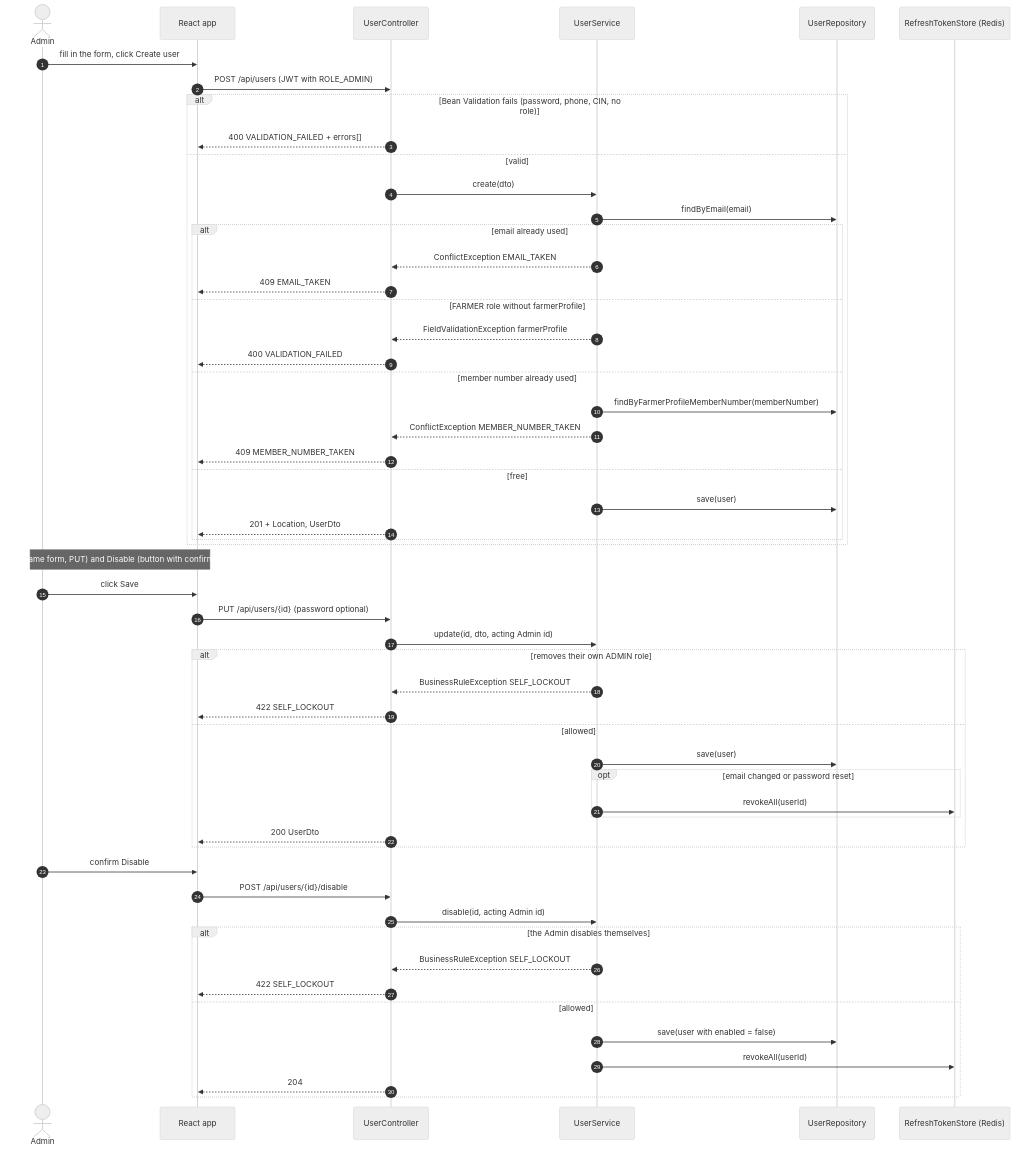
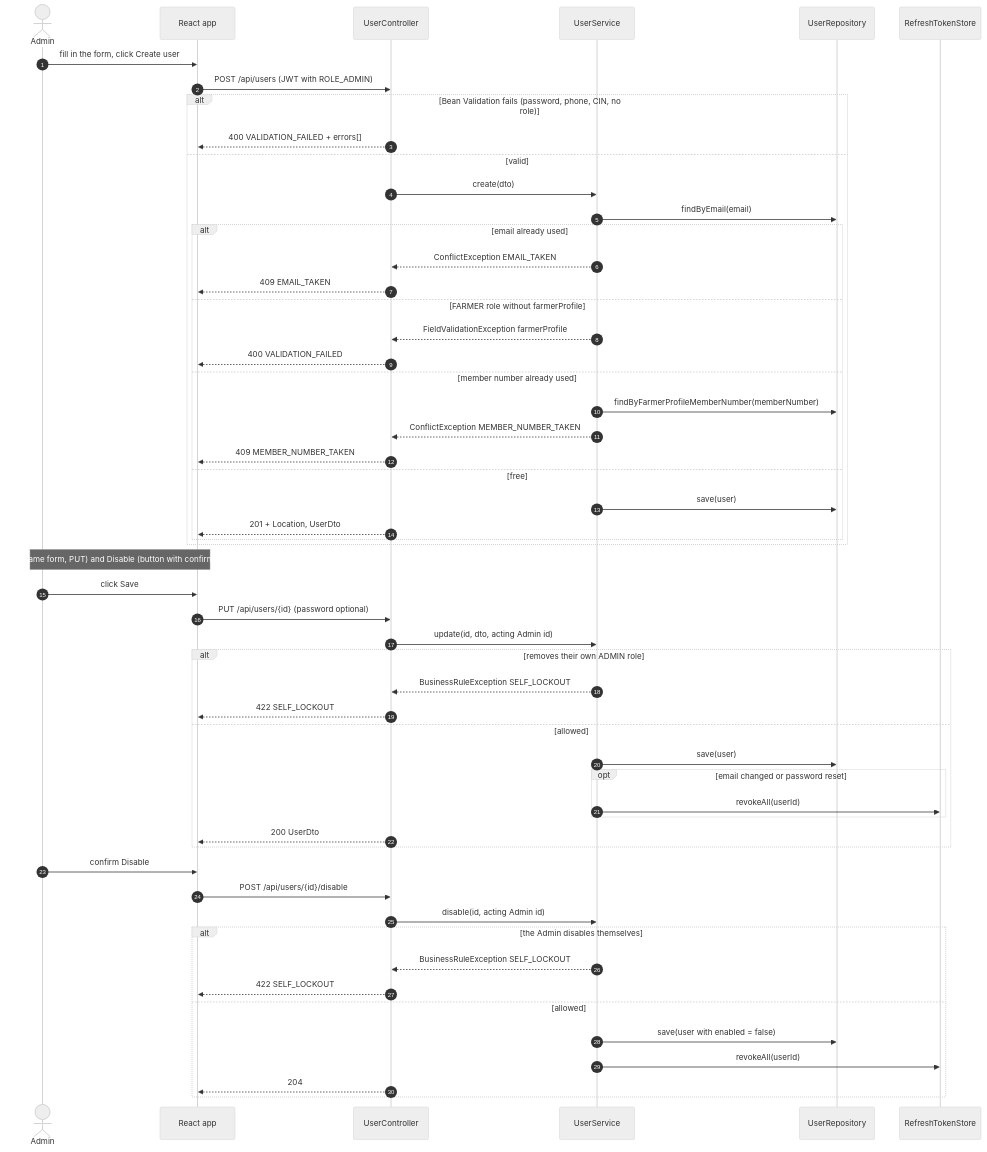
Diagram 11 of 17 in docs/04-uml-design.md (Iyed-M/olive-connect), drawn with Mermaid (neutral theme) before and after one commit. The commit also changed other lines of this file and 8 other files, not shown here.

````diff
--- a/docs/04-uml-design.md
+++ b/docs/04-uml-design.md
@@ -795,60 +795,60 @@
 ```mermaid
 sequenceDiagram
     autonumber
     actor A as Admin
     participant FE as React app
     participant UC as UserController
     participant US as UserService
     participant UR as UserRepository
-    participant RT as RefreshTokenStore (Redis)
+    participant RT as RefreshTokenStore
 
     A->>FE: fill in the form, click Create user
     FE->>UC: POST /api/users (JWT with ROLE_ADMIN)
     alt Bean Validation fails (password, phone, CIN, no role)
         UC-->>FE: 400 VALIDATION_FAILED + errors[]
     else valid
         UC->>US: create(dto)
         US->>UR: findByEmail(email)
         alt email already used
             US-->>UC: ConflictException EMAIL_TAKEN
             UC-->>FE: 409 EMAIL_TAKEN
         else FARMER role without farmerProfile
             US-->>UC: FieldValidationException farmerProfile
             UC-->>FE: 400 VALIDATION_FAILED
         else member number already used
             US->>UR: findByFarmerProfileMemberNumber(memberNumber)
             US-->>UC: ConflictException MEMBER_NUMBER_TAKEN
             UC-->>FE: 409 MEMBER_NUMBER_TAKEN
         else free
             US->>UR: save(user)
             UC-->>FE: 201 + Location, UserDto
         end
     end
 
     Note over A,FE: Edit (same form, PUT) and Disable (button with confirmation)
     A->>FE: click Save
     FE->>UC: PUT /api/users/{id} (password optional)
     UC->>US: update(id, dto, acting Admin id)
     alt removes their own ADMIN role
         US-->>UC: BusinessRuleException SELF_LOCKOUT
         UC-->>FE: 422 SELF_LOCKOUT
     else allowed
         US->>UR: save(user)
         opt email changed or password reset
             US->>RT: revokeAll(userId)
         end
         UC-->>FE: 200 UserDto
     end
 
     A->>FE: confirm Disable
     FE->>UC: POST /api/users/{id}/disable
     UC->>US: disable(id, acting Admin id)
     alt the Admin disables themselves
         US-->>UC: BusinessRuleException SELF_LOCKOUT
         UC-->>FE: 422 SELF_LOCKOUT
     else allowed
         US->>UR: save(user with enabled = false)
         US->>RT: revokeAll(userId)
         UC-->>FE: 204
     end
 ```
````
